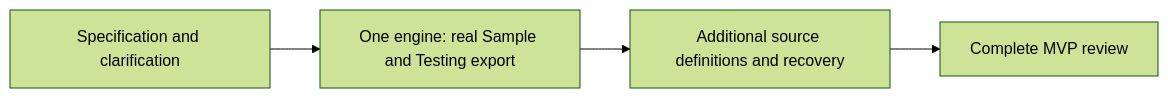
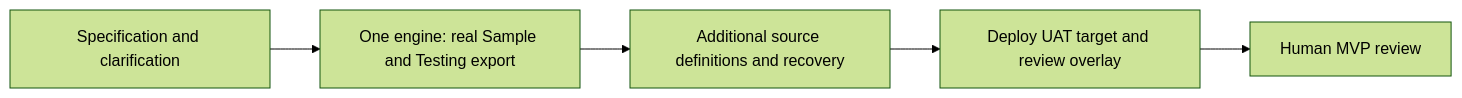
Before and after one commit to CFSAN-Biostatistics/OpenELIS-Global-2-Food: the diagram in specs/479-reporting-mvp/plan.md, drawn with Mermaid (forest theme). The commit also changed other lines of this file and 6 other files, not shown here.

````diff
--- a/specs/479-reporting-mvp/plan.md
+++ b/specs/479-reporting-mvp/plan.md
@@ -83,6 +84,7 @@
 ```mermaid
 graph LR
     S[Specification and clarification] --> M1[One engine: real Sample and Testing export]
     M1 --> M2[Additional source definitions and recovery]
-    M2 --> R[Complete MVP review]
+    M2 --> U[Deploy UAT target and review overlay]
+    U --> R[Human MVP review]
 ```
````
